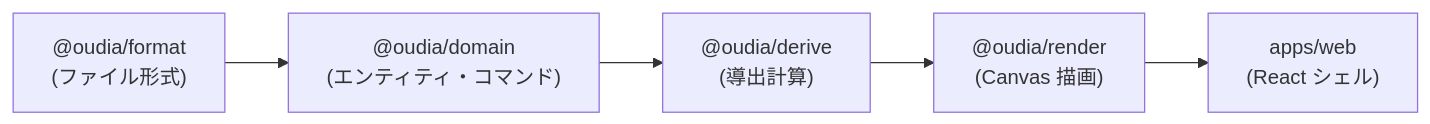
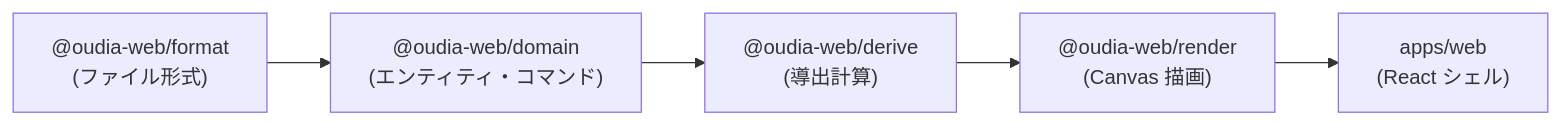
The diagram in docs/design/02_architecture.md (route-builders/oudia-web), drawn with Mermaid before and after one commit. The commit also changed other lines of this file and 211 other files, not shown here.

````diff
--- a/docs/design/02_architecture.md
+++ b/docs/design/02_architecture.md
@@ -102,7 +102,7 @@
 ```mermaid
 graph LR
-    format["@oudia/format<br/>(ファイル形式)"] --> domain["@oudia/domain<br/>(エンティティ・コマンド)"]
-    domain --> derive["@oudia/derive<br/>(導出計算)"]
-    derive --> render["@oudia/render<br/>(Canvas 描画)"]
+    format["@oudia-web/format<br/>(ファイル形式)"] --> domain["@oudia-web/domain<br/>(エンティティ・コマンド)"]
+    domain --> derive["@oudia-web/derive<br/>(導出計算)"]
+    derive --> render["@oudia-web/render<br/>(Canvas 描画)"]
     render --> app["apps/web<br/>(React シェル)"]
 ```
````
